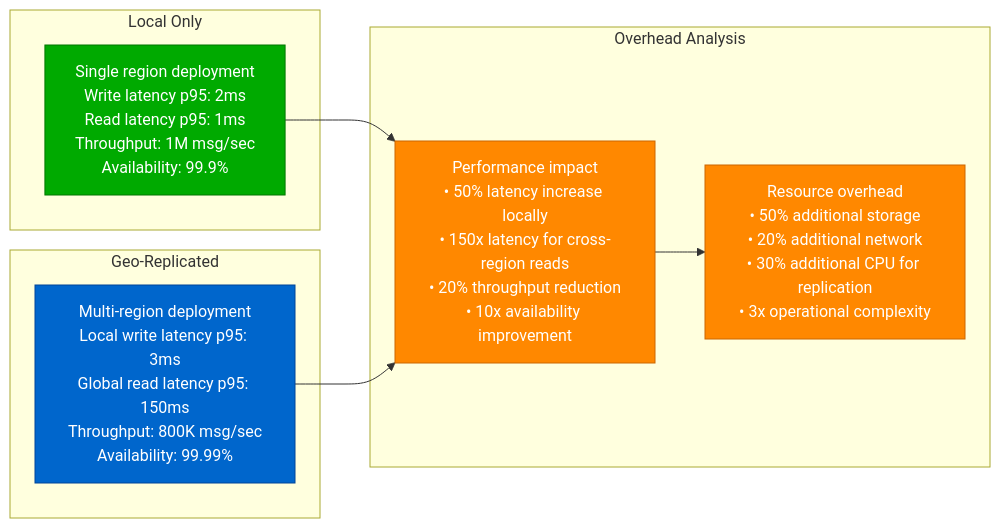
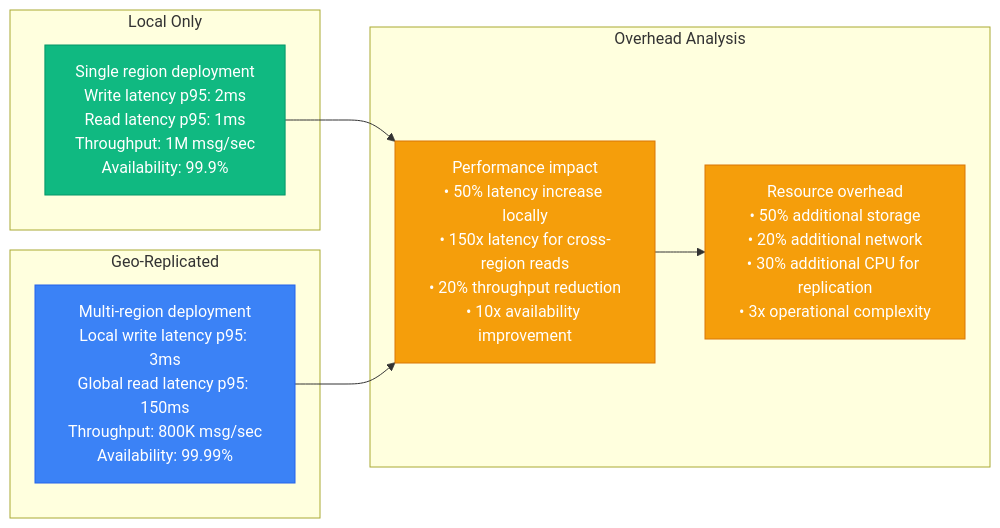
One commit to deepaucksharma/DS changed the fourth of 11 diagrams in site/docs/performance/pulsar-performance-profile.md. Above: the diagram before and after it, drawn with Mermaid. The commit also changed other lines of this file and 303 other files, not shown here.

````diff
--- a/site/docs/performance/pulsar-performance-profile.md
+++ b/site/docs/performance/pulsar-performance-profile.md
@@ -139,28 +139,28 @@
 ```mermaid
 graph LR
     subgraph "Local Only"
         LOCAL1[Single region deployment<br/>Write latency p95: 2ms<br/>Read latency p95: 1ms<br/>Throughput: 1M msg/sec<br/>Availability: 99.9%]
     end
 
     subgraph "Geo-Replicated"
         GEO1[Multi-region deployment<br/>Local write latency p95: 3ms<br/>Global read latency p95: 150ms<br/>Throughput: 800K msg/sec<br/>Availability: 99.99%]
     end
 
     subgraph "Overhead Analysis"
         OVERHEAD1[Performance impact<br/>• 50% latency increase locally<br/>• 150x latency for cross-region reads<br/>• 20% throughput reduction<br/>• 10x availability improvement]
 
         OVERHEAD2[Resource overhead<br/>• 50% additional storage<br/>• 20% additional network<br/>• 30% additional CPU for replication<br/>• 3x operational complexity]
     end
 
     LOCAL1 --> OVERHEAD1
     GEO1 --> OVERHEAD1
     OVERHEAD1 --> OVERHEAD2
 
-    classDef localStyle fill:#00AA00,stroke:#007700,color:#fff
-    classDef geoStyle fill:#0066CC,stroke:#004499,color:#fff
-    classDef overheadStyle fill:#FF8800,stroke:#CC6600,color:#fff
+    classDef localStyle fill:#10B981,stroke:#059669,color:#fff
+    classDef geoStyle fill:#3B82F6,stroke:#2563EB,color:#fff
+    classDef overheadStyle fill:#F59E0B,stroke:#D97706,color:#fff
 
     class LOCAL1 localStyle
     class GEO1 geoStyle
     class OVERHEAD1,OVERHEAD2 overheadStyle
 ```
````
